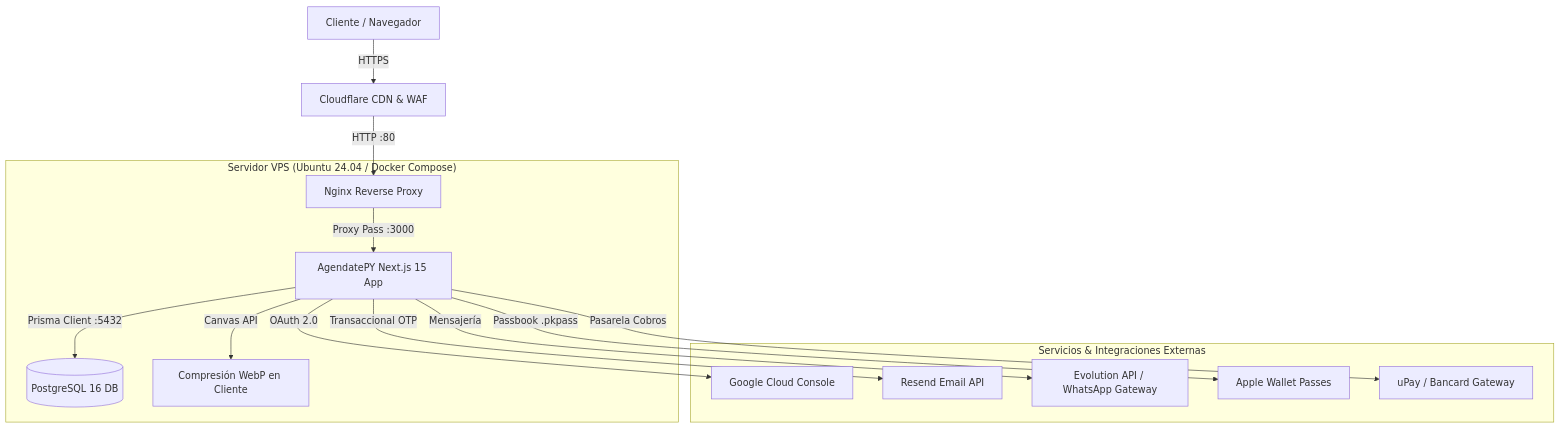
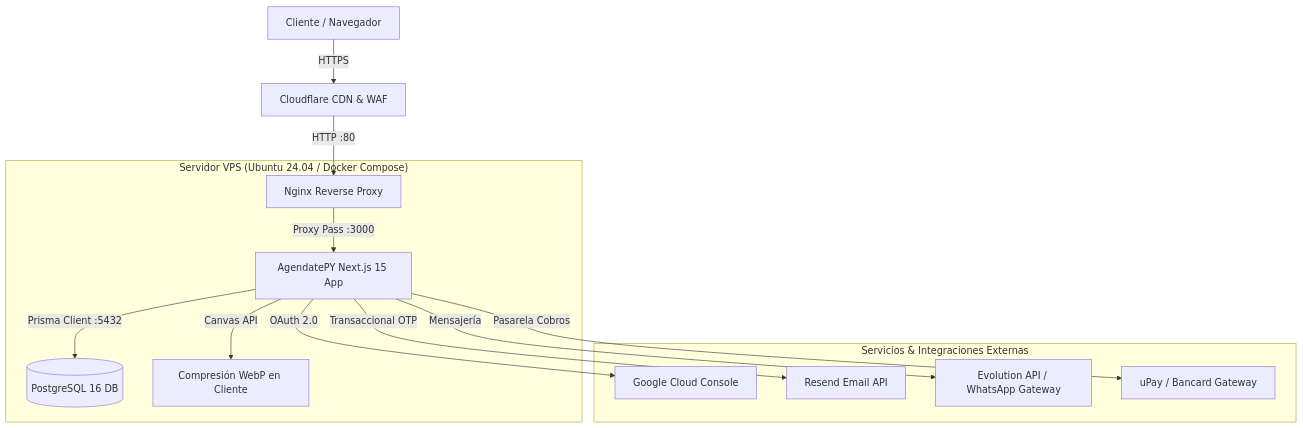
Before and after one commit to sebasduarte9/agendatepy: the first of 2 diagrams in DOCUMENTACION_SOFTWARE.md, drawn with Mermaid. The commit also changed other lines of this file and 52 other files, not shown here.

````diff
--- a/DOCUMENTACION_SOFTWARE.md
+++ b/DOCUMENTACION_SOFTWARE.md
@@ -22,19 +22,18 @@
 ```mermaid
 graph TD
     Client[Cliente / Navegador] -->|HTTPS| Cloudflare[Cloudflare CDN & WAF]
     Cloudflare -->|HTTP :80| Nginx[Nginx Reverse Proxy]
     
     subgraph VPS ["Servidor VPS (Ubuntu 24.04 / Docker Compose)"]
         Nginx -->|Proxy Pass :3000| NextApp[AgendatePY Next.js 15 App]
         NextApp -->|Prisma Client :5432| Postgres[(PostgreSQL 16 DB)]
         NextApp -->|Canvas API| ClientCompression[Compresión WebP en Cliente]
     end
 
     subgraph External ["Servicios & Integraciones Externas"]
         NextApp -->|OAuth 2.0| GoogleAuth[Google Cloud Console]
         NextApp -->|Transaccional OTP| Resend[Resend Email API]
         NextApp -->|Mensajería| Evolution[Evolution API / WhatsApp Gateway]
-        NextApp -->|Passbook .pkpass| AppleWallet[Apple Wallet Passes]
         NextApp -->|Pasarela Cobros| UPay[uPay / Bancard Gateway]
     end
 ```
````
